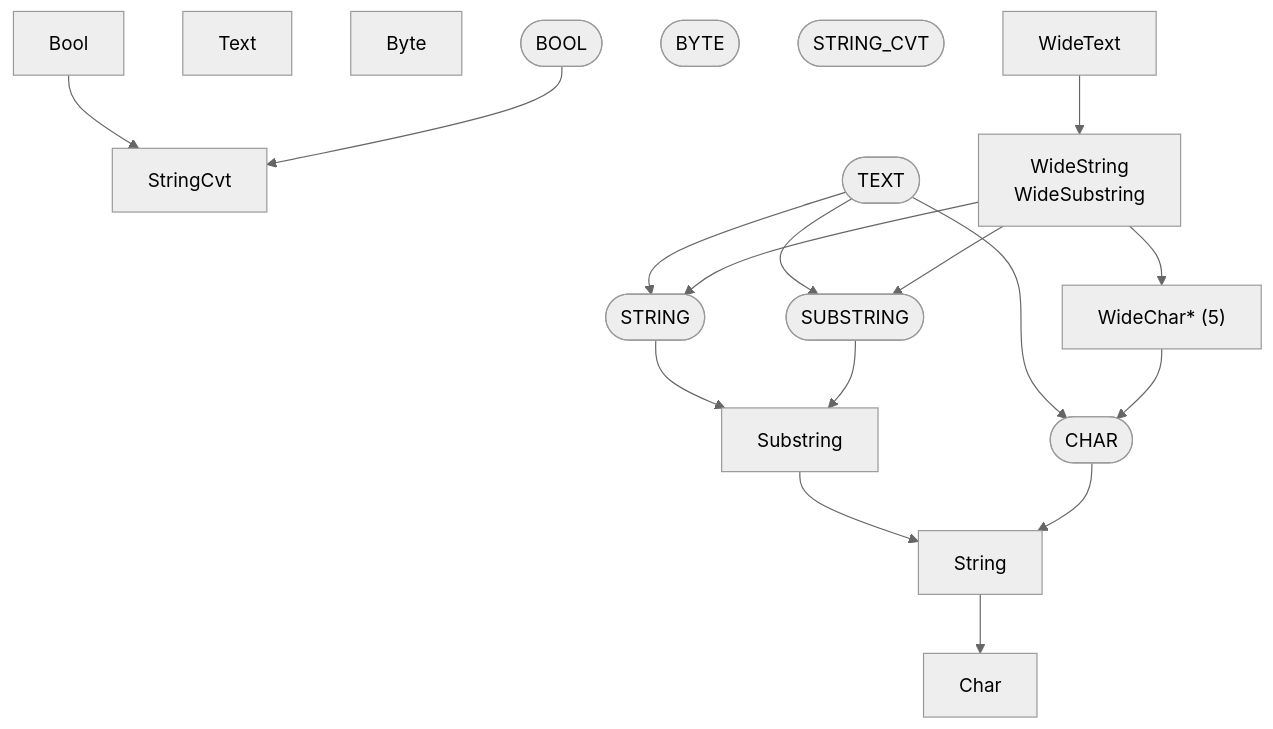
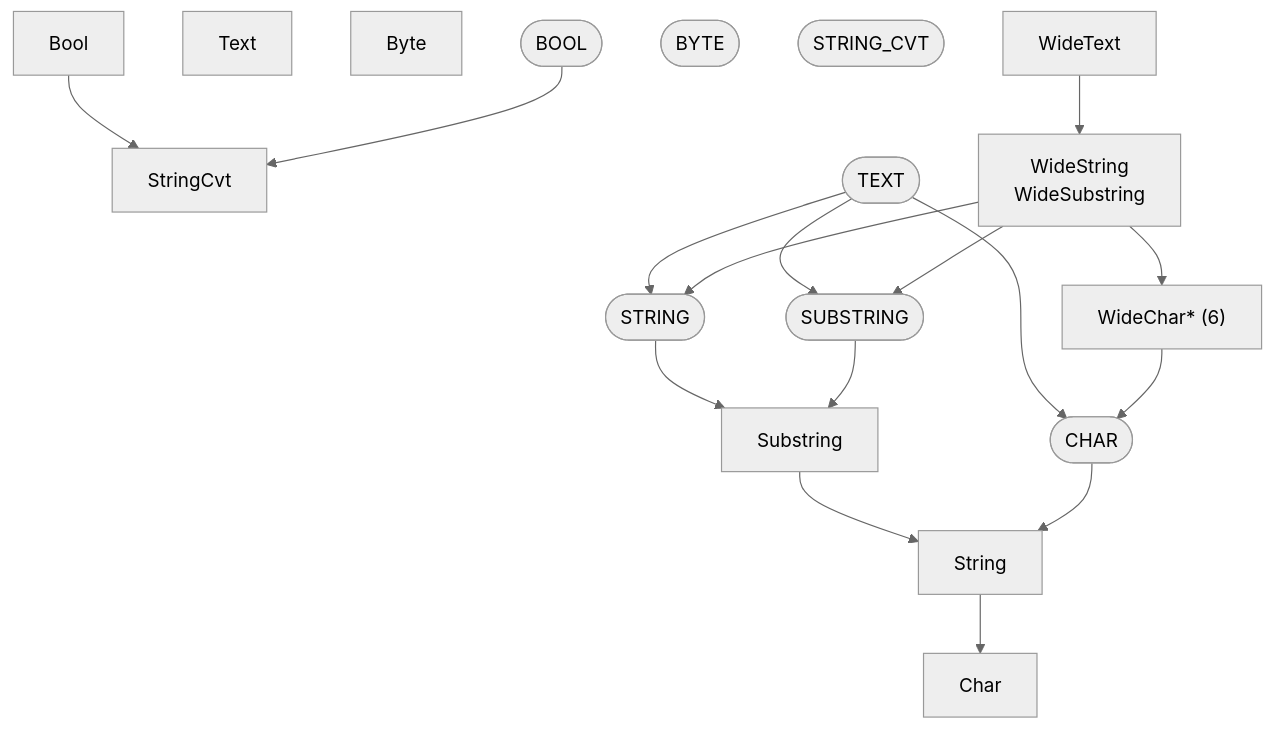
The third of 9 diagrams in docs/generated/basis/depends.md (ruudkoot/rune), drawn with Mermaid (neutral theme) before and after one commit. The commit also changed other lines of this file and 305 other files, not shown here.

````diff
--- a/docs/generated/basis/depends.md
+++ b/docs/generated/basis/depends.md
@@ -70,35 +70,35 @@
 ```mermaid
 flowchart TD
   n1["StringCvt"]
   n2["Bool"]
   n19["Char"]
   n20["String"]
   n29["Substring"]
   n58["Text"]
   n74["Byte"]
   n91(["BOOL"])
   n92(["BYTE"])
   n93(["CHAR"])
   n119(["STRING"])
   n120(["STRING_CVT"])
   n121(["SUBSTRING"])
   n131(["TEXT"])
-  n143["WideChar* (5)"]
+  n143["WideChar* (6)"]
   n144["WideString<br>WideSubstring"]
   n145["WideText"]
   n2 --> n1
   n20 --> n19
   n29 --> n20
   n91 --> n1
   n93 --> n20
   n119 --> n29
   n121 --> n29
   n131 --> n93
   n131 --> n119
   n131 --> n121
   n143 --> n93
   n144 --> n143
   n144 --> n119
   n144 --> n121
   n145 --> n144
 ```
````
